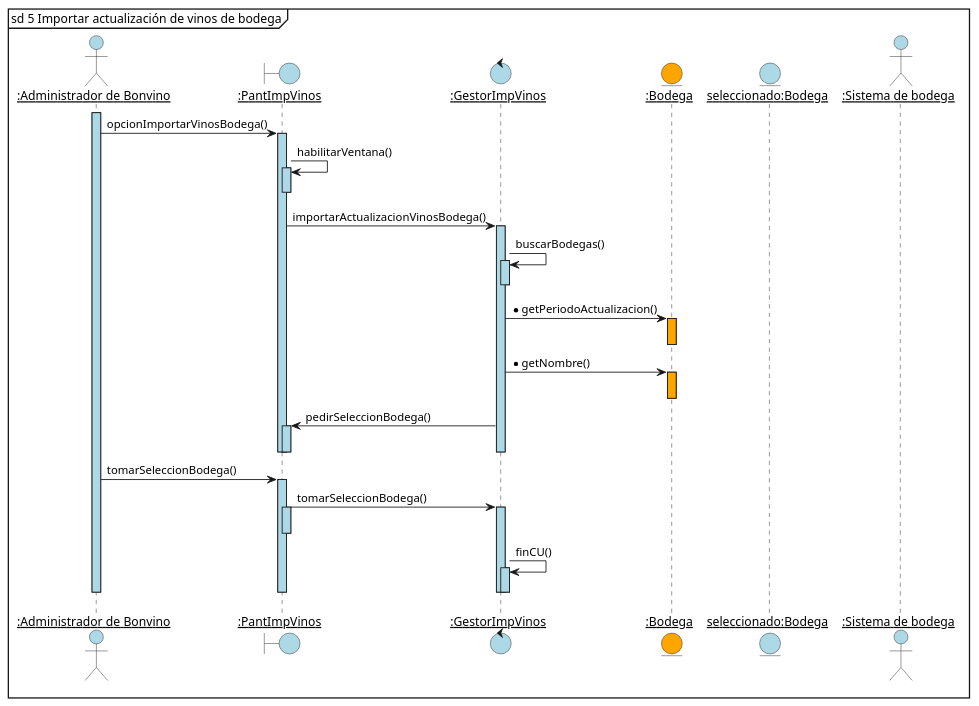
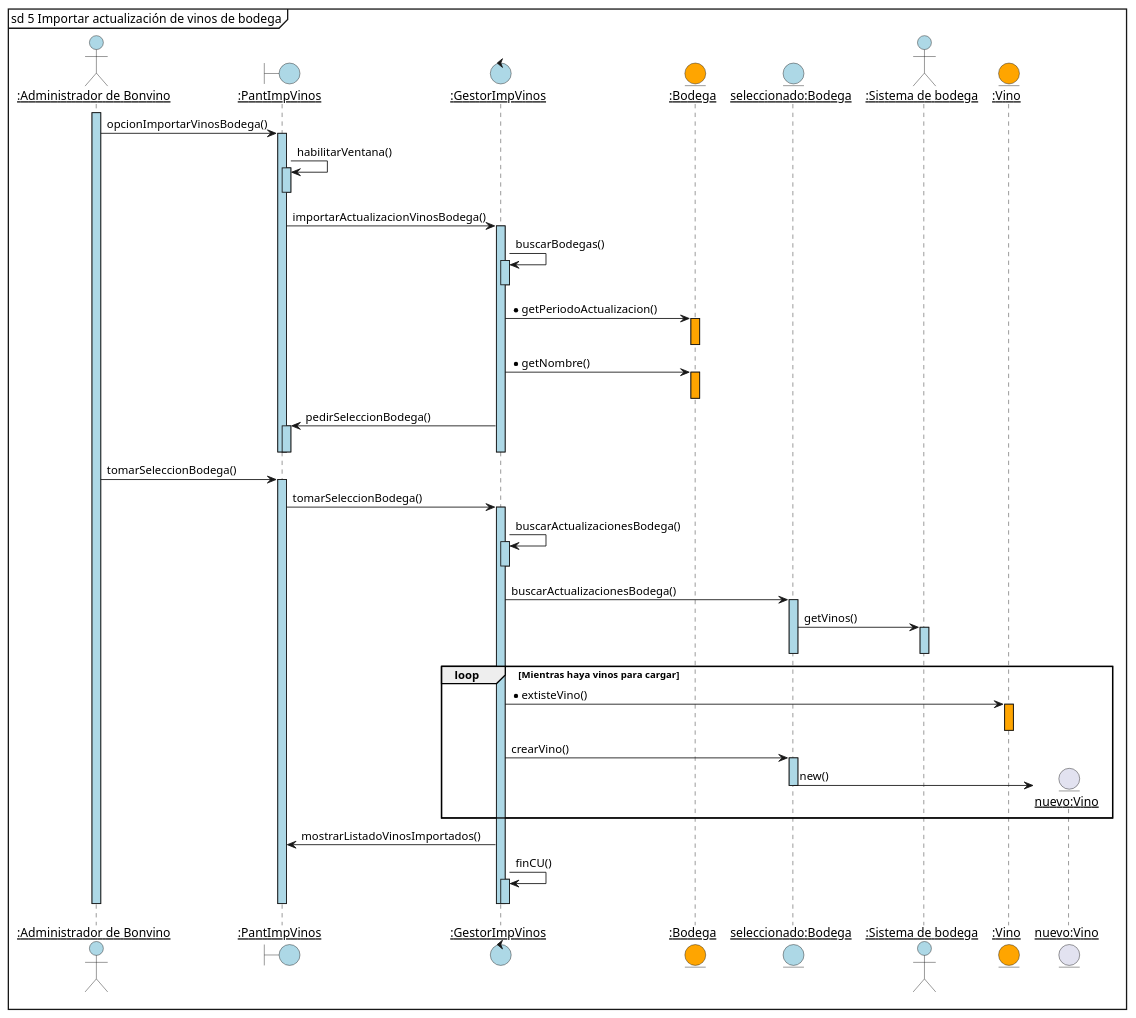
Before and after one commit to JuanjoCasas/PPAI: the diagram in modelo de analisis/diagramaSecuencias.puml, drawn with PlantUML. The commit also changed 1 other file, not shown here.

```diff
--- a/modelo de analisis/diagramaSecuencias.puml
+++ b/modelo de analisis/diagramaSecuencias.puml
@@ -1,53 +1,65 @@
 @startuml principal
 skinparam sequenceParticipant underline
 mainframe sd 5 Importar actualización de vinos de bodega
     actor ":Administrador de Bonvino" as AB #LightBlue
     boundary ":PantImpVinos" as pantalla #LightBlue
     control ":GestorImpVinos" as controlador #LightBlue
     entity ":Bodega" as bodegas #Orange
-    entity "seleccionado:Bodega" as objeto #LightBlue
-    actor ":Sistema de bodega" as sisBod #LightBlue
+    entity "seleccionado:Bodega" as bodega #LightBlue
+    actor ":Sistema de bodega" as api #LightBlue
+    entity ":Vino" as vinos #Orange
 
     activate AB #LightBlue
 
-        AB -> pantalla :  opcionImportarVinosBodega()
-        activate pantalla #LightBlue
+        AB -> pantalla ++ #LightBlue :  opcionImportarVinosBodega()
 
-            pantalla -> pantalla : habilitarVentana()
-            activate pantalla #LightBlue 
+            pantalla -> pantalla ++ #LightBlue : habilitarVentana()
+
             deactivate pantalla 
 
-            pantalla -> controlador : importarActualizacionVinosBodega()
-            activate controlador #LightBlue
+            pantalla -> controlador ++ #LightBlue : importarActualizacionVinosBodega()
 
-                controlador -> controlador : buscarBodegas()
-                activate controlador #LightBlue
+
+                controlador -> controlador ++ #LightBlue : buscarBodegas()
+
                 deactivate controlador
 
-                controlador -> bodegas : *getPeriodoActualizacion()
-                activate bodegas #Orange
+                controlador -> bodegas ++ #Orange : *getPeriodoActualizacion()
+                deactivate bodegas
+                controlador -> bodegas ++ #Orange : *getNombre()
                 deactivate bodegas
 
-                controlador -> bodegas : *getNombre()
-                activate bodegas #Orange
-                deactivate bodegas
-
-                controlador -> pantalla : pedirSeleccionBodega()
-                activate pantalla #LightBlue
+                controlador -> pantalla ++ #LightBlue : pedirSeleccionBodega()
                 deactivate pantalla
             deactivate controlador
         deactivate pantalla
     
-        AB -> pantalla : tomarSeleccionBodega()
-        activate pantalla #LightBlue
-            pantalla -> controlador : tomarSeleccionBodega()
-            activate controlador #LightBlue
-                activate pantalla #LightBlue
-                deactivate pantalla
-                controlador -> controlador : finCU()
-                activate controlador #LightBlue
+        AB -> pantalla ++ #LightBlue : tomarSeleccionBodega()
+            pantalla -> controlador ++ #LightBlue : tomarSeleccionBodega()
+                controlador -> controlador ++ #LightBlue : buscarActualizacionesBodega()
                 deactivate controlador
+
+                controlador -> bodega ++ #LightBlue : buscarActualizacionesBodega()
+                    bodega -> api ++ #LightBlue : getVinos()
+                    deactivate api
+                deactivate bodega
+
+                loop Mientras haya vinos para cargar
+                    controlador -> vinos ++ #Orange : * extisteVino()
+                    deactivate vinos
+
+                    controlador -> bodega ++ #LightBlue : crearVino()
+                        entity "nuevo:Vino" as nvino
+                        bodega -> nvino ** : new()
+                        
+                    deactivate bodega
+                end
+
+                controlador -> pantalla : mostrarListadoVinosImportados()
+
+                controlador -> controlador ++ #LightBlue : finCU()
+                deactivate controlador                
             deactivate controlador
         deactivate pantalla
     deactivate AB
 @enduml
```
